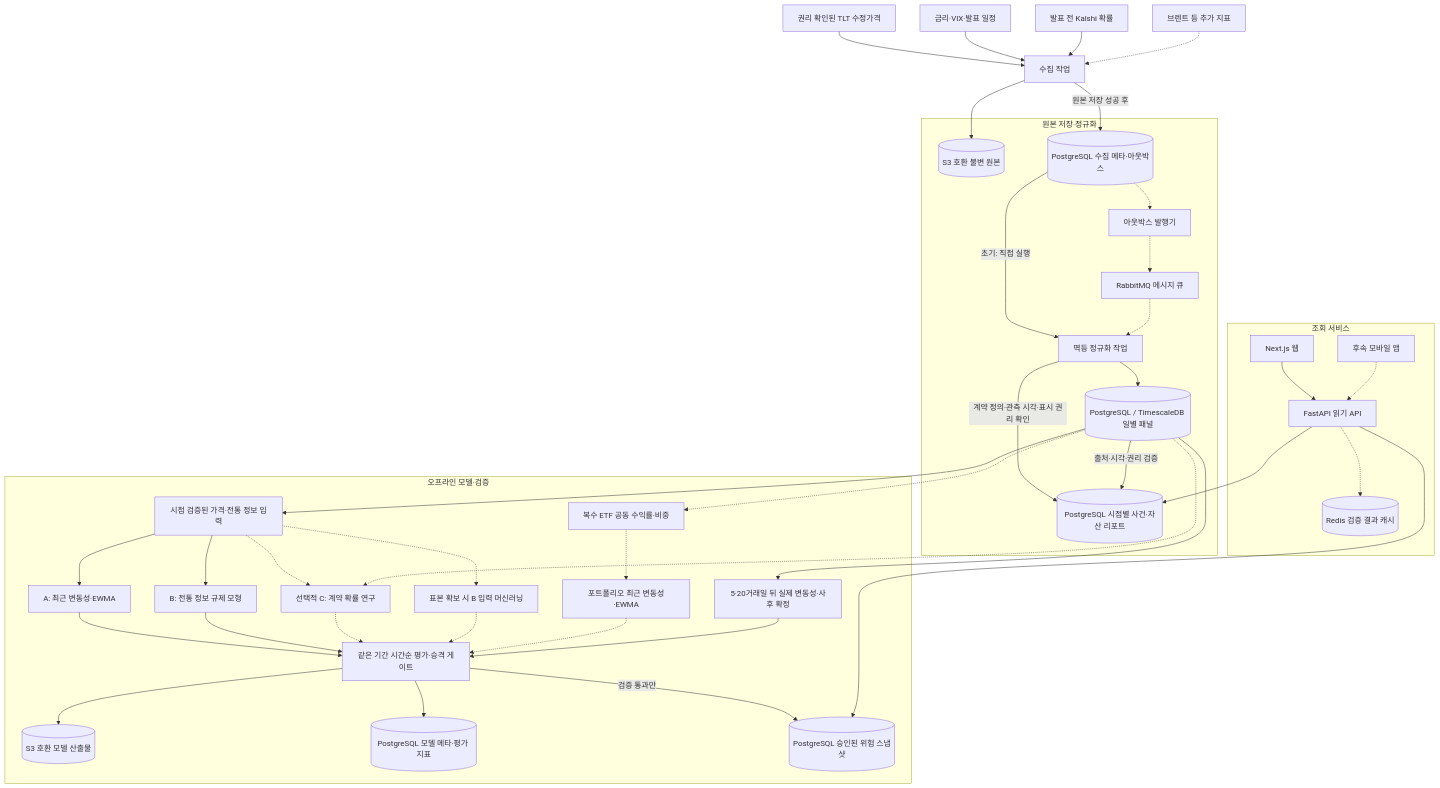
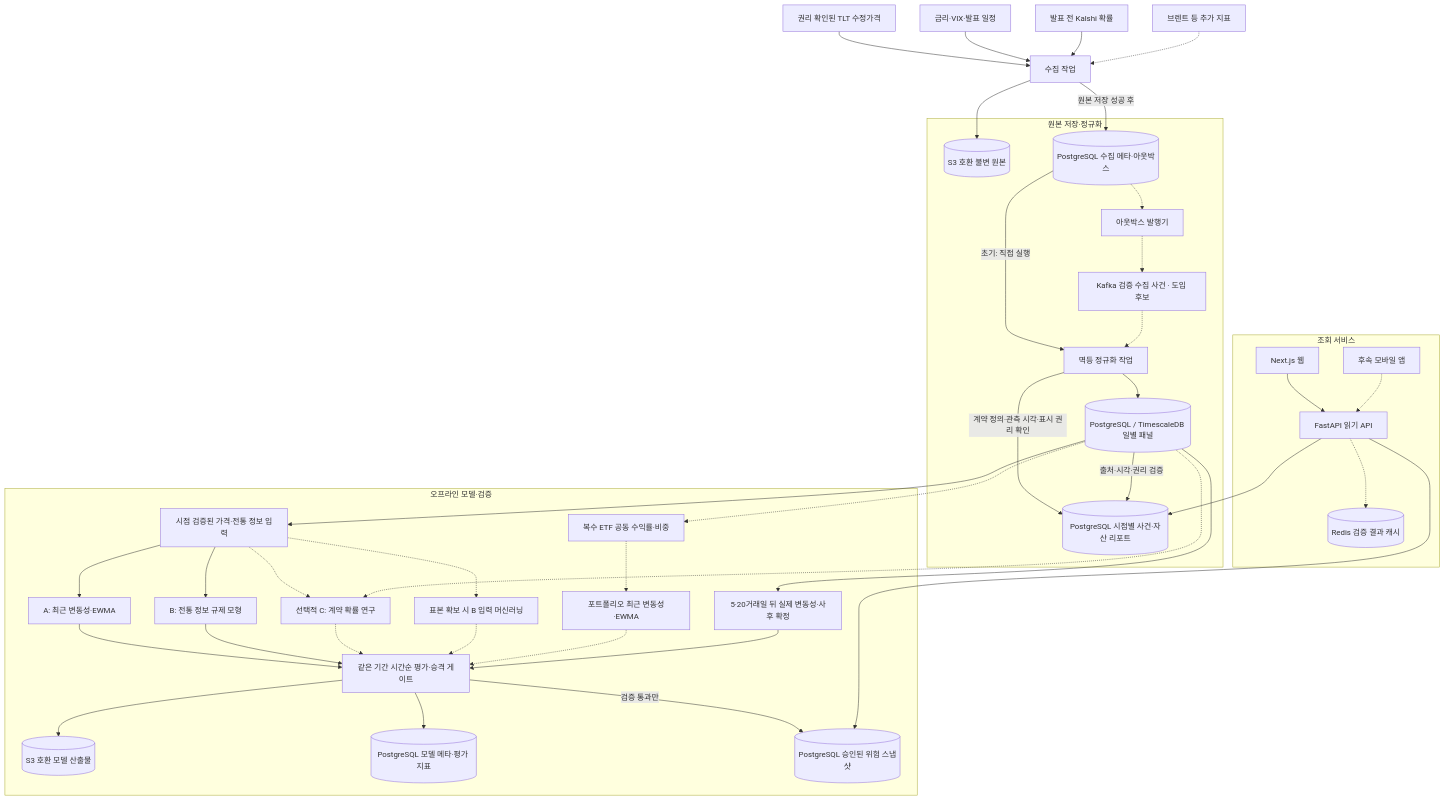
Before and after one commit to AnDev77/ShockGarph_AI: the first of 2 diagrams in docs/architecture.md, drawn with Mermaid. The commit also changed other lines of this file and 10 other files, not shown here.

````diff
--- a/docs/architecture.md
+++ b/docs/architecture.md
@@ -13,66 +13,66 @@
 ```mermaid
 flowchart TB
     S["권리 확인된 TLT 수정가격"] --> C["수집 작업"]
     O["금리·VIX·발표 일정"] --> C
     K["발표 전 Kalshi 확률"] --> C
     BRENT["브렌트 등 추가 지표"] -.-> C
 
     subgraph DATA["원본 저장·정규화"]
         RAW[("S3 호환 불변 원본")]
         META[("PostgreSQL 수집 메타·아웃박스")]
         PUB["아웃박스 발행기"]
-        MQ["RabbitMQ 메시지 큐"]
+        MQ["Kafka 검증 수집 사건 · 도입 후보"]
         N["멱등 정규화 작업"]
         PANEL[("PostgreSQL / TimescaleDB 일별 패널")]
         EVID[("PostgreSQL 시점별 사건·자산 리포트")]
     end
     C --> RAW
     C -->|원본 저장 성공 후| META
     META -->|초기: 직접 실행| N
     META -.-> PUB
     PUB -.-> MQ
     MQ -.-> N
     N --> PANEL
     N -->|계약 정의·관측 시각·표시 권리 확인| EVID
     PANEL -->|출처·시각·권리 검증| EVID
 
     subgraph MODEL["오프라인 모델·검증"]
         F["시점 검증된 가격·전통 정보 입력"]
         L["5·20거래일 뒤 실제 변동성·사후 확정"]
         B["A: 최근 변동성·EWMA"]
         M["B: 전통 정보 규제 모형"]
         PC["선택적 C: 계약 확률 연구"]
         ML["표본 확보 시 B 입력 머신러닝"]
         P["복수 ETF 공동 수익률·비중"]
         PB["포트폴리오 최근 변동성·EWMA"]
         E["같은 기간 시간순 평가·승격 게이트"]
         ART[("S3 호환 모델 산출물")]
         REG[("PostgreSQL 모델 메타·평가 지표")]
         SNAP[("PostgreSQL 승인된 위험 스냅샷")]
     end
     PANEL --> F
     PANEL --> L
     F --> B --> E
     F --> M --> E
     F -.-> PC
     PANEL -.-> PC -.-> E
     F -.-> ML -.-> E
     PANEL -.-> P
     P -.-> PB -.-> E
     L --> E
     E --> ART
     E --> REG
     E -->|검증 통과만| SNAP
 
     subgraph SERVE["조회 서비스"]
         WEB["Next.js 웹"]
         APP["후속 모바일 앱"]
         API["FastAPI 읽기 API"]
         CACHE[("Redis 검증 결과 캐시")]
     end
     WEB --> API
     APP -.-> API
     API --> SNAP
     API --> EVID
     API -.-> CACHE
 ```
````
